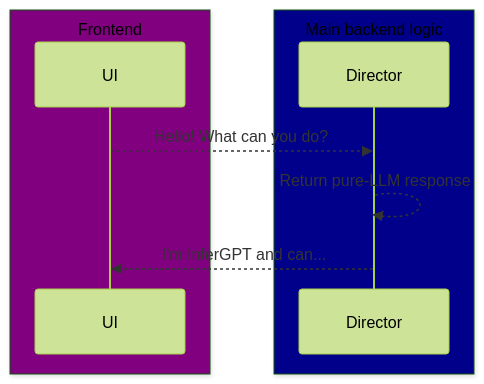
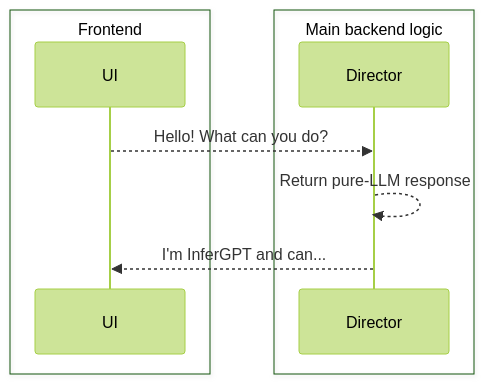
The diagram in assets/sum-my-subscriptions/happy_flows_basic_question_top_level_concepts.md (WaitThatShouldntWork/InferGPT), drawn with Mermaid (forest theme) before and after one commit. The commit also changed 3 other files, not shown here.

````diff
--- a/assets/sum-my-subscriptions/happy_flows_basic_question_top_level_concepts.md
+++ b/assets/sum-my-subscriptions/happy_flows_basic_question_top_level_concepts.md
@@ -5,12 +5,12 @@
 ```mermaid
 sequenceDiagram
-    box Purple Frontend
+    box Frontend
     participant UI
     end
-    box DarkBlue Main backend logic
+    box Main backend logic
     participant Director
     end
     UI -->> Director: Hello! What can you do?
     Director -->> Director: Return pure-LLM response
     Director -->> UI: I'm InferGPT and can...
 ```
````
